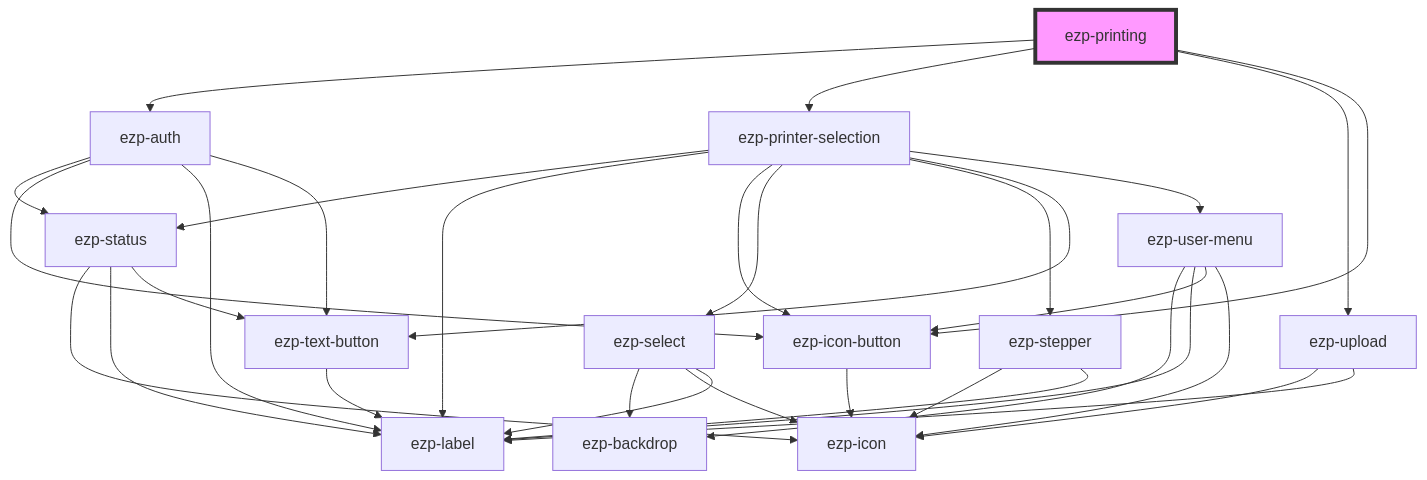
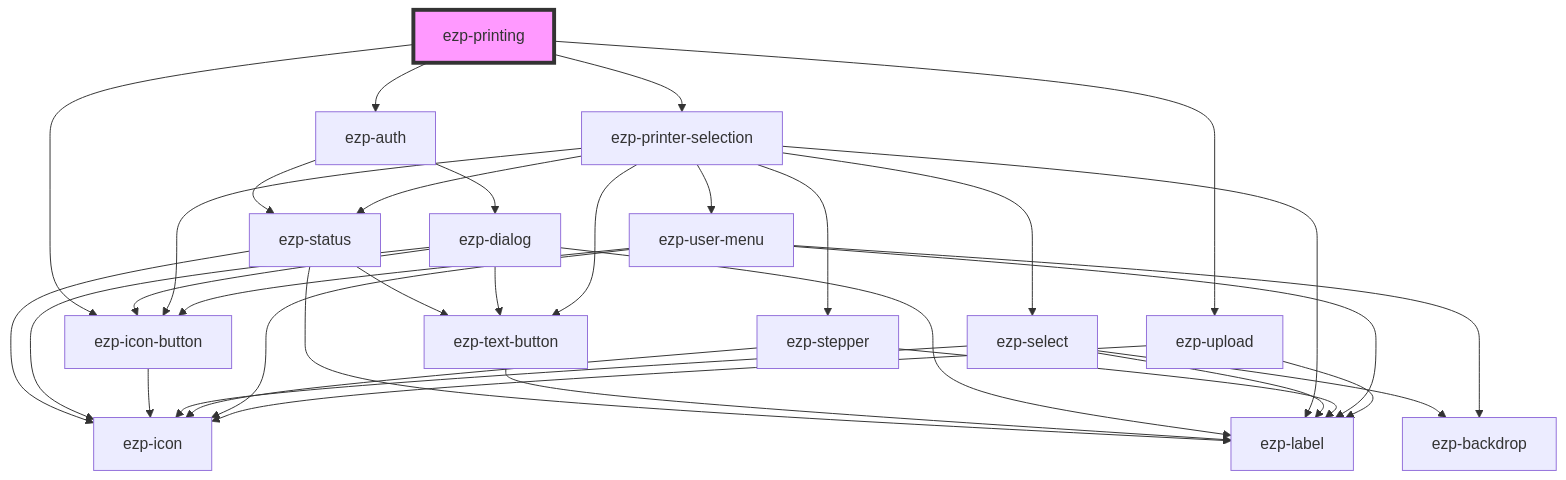
The diagram in src/components/ezp-printing/readme.md (ezeep/ezeep-js), drawn with Mermaid before and after one commit. The commit also changed 20 other files, not shown here.

Commit message:
Introduce reusable dialog component; Refactor auth component

````diff
--- a/src/components/ezp-printing/readme.md
+++ b/src/components/ezp-printing/readme.md
@@ -44,35 +44,37 @@
 ```mermaid
 graph TD;
   ezp-printing --> ezp-auth
   ezp-printing --> ezp-printer-selection
   ezp-printing --> ezp-upload
   ezp-printing --> ezp-icon-button
   ezp-auth --> ezp-status
-  ezp-auth --> ezp-icon-button
-  ezp-auth --> ezp-label
-  ezp-auth --> ezp-text-button
+  ezp-auth --> ezp-dialog
   ezp-status --> ezp-icon
   ezp-status --> ezp-label
   ezp-status --> ezp-text-button
   ezp-text-button --> ezp-label
+  ezp-dialog --> ezp-icon-button
+  ezp-dialog --> ezp-icon
+  ezp-dialog --> ezp-label
+  ezp-dialog --> ezp-text-button
   ezp-icon-button --> ezp-icon
   ezp-printer-selection --> ezp-status
   ezp-printer-selection --> ezp-label
   ezp-printer-selection --> ezp-icon-button
   ezp-printer-selection --> ezp-select
   ezp-printer-selection --> ezp-stepper
   ezp-printer-selection --> ezp-text-button
   ezp-printer-selection --> ezp-user-menu
   ezp-select --> ezp-backdrop
   ezp-select --> ezp-icon
   ezp-select --> ezp-label
   ezp-stepper --> ezp-icon
   ezp-stepper --> ezp-label
   ezp-user-menu --> ezp-backdrop
   ezp-user-menu --> ezp-label
   ezp-user-menu --> ezp-icon-button
   ezp-user-menu --> ezp-icon
   ezp-upload --> ezp-icon
   ezp-upload --> ezp-label
   style ezp-printing fill:#f9f,stroke:#333,stroke-width:4px
 ```
````
